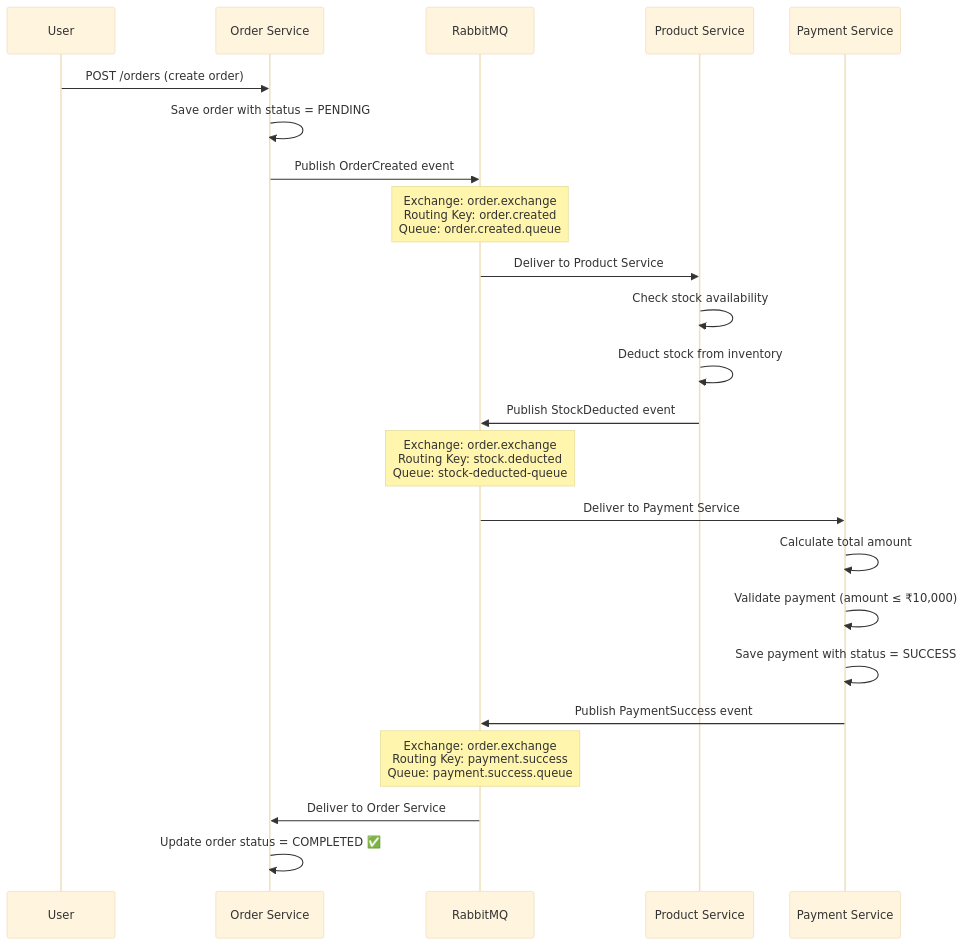
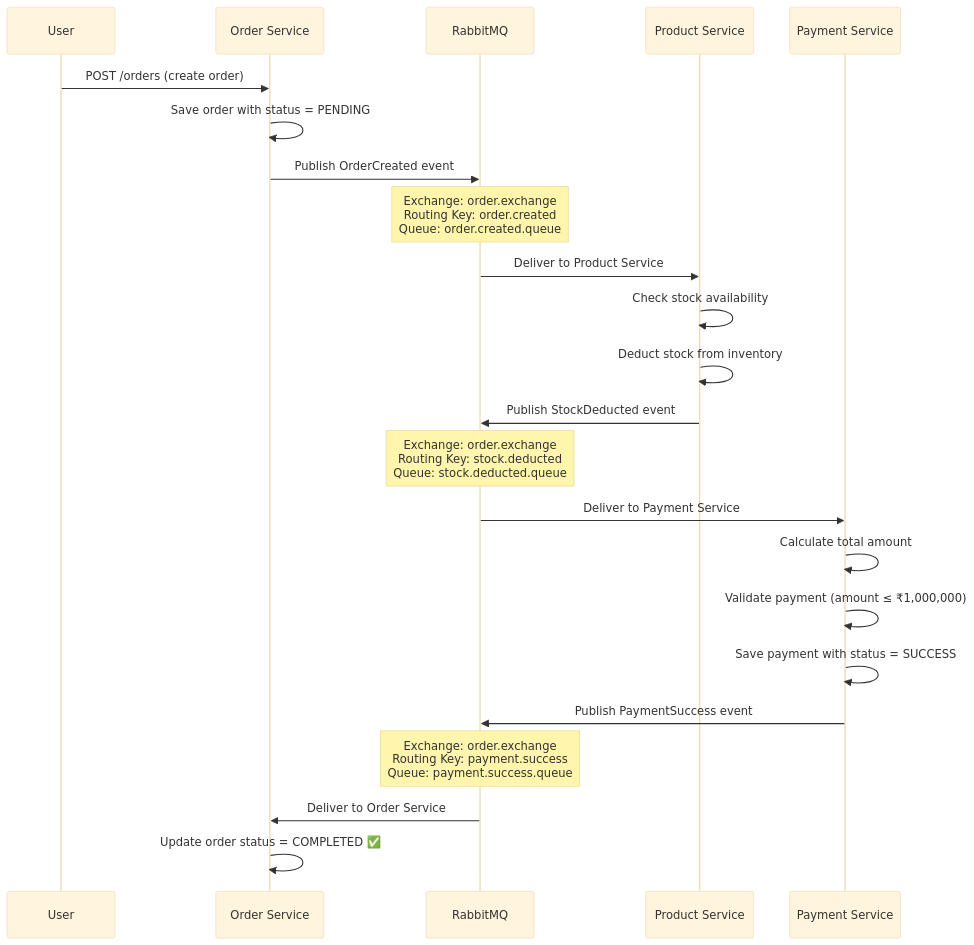
Before and after one commit to rohithdeveloper/Saga-Choreography-pattern: the first of 3 diagrams in README.md, drawn with Mermaid (base theme). The commit also changed other lines of this file and 13 other files, not shown here.

````diff
--- a/README.md
+++ b/README.md
@@ -20,29 +20,29 @@
 ```mermaid
 sequenceDiagram
     participant User
     participant OS as Order Service
     participant RMQ as RabbitMQ
     participant PS as Product Service
     participant PMS as Payment Service
 
     User->>OS: POST /orders (create order)
     OS->>OS: Save order with status = PENDING
     OS->>RMQ: Publish OrderCreated event
     Note over RMQ: Exchange: order.exchange<br/>Routing Key: order.created<br/>Queue: order.created.queue
 
     RMQ->>PS: Deliver to Product Service
     PS->>PS: Check stock availability
     PS->>PS: Deduct stock from inventory
     PS->>RMQ: Publish StockDeducted event
-    Note over RMQ: Exchange: order.exchange<br/>Routing Key: stock.deducted<br/>Queue: stock-deducted-queue
+    Note over RMQ: Exchange: order.exchange<br/>Routing Key: stock.deducted<br/>Queue: stock.deducted.queue
 
     RMQ->>PMS: Deliver to Payment Service
     PMS->>PMS: Calculate total amount
-    PMS->>PMS: Validate payment (amount ≤ ₹10,000)
+    PMS->>PMS: Validate payment (amount ≤ ₹1,000,000)
     PMS->>PMS: Save payment with status = SUCCESS
     PMS->>RMQ: Publish PaymentSuccess event
     Note over RMQ: Exchange: order.exchange<br/>Routing Key: payment.success<br/>Queue: payment.success.queue
 
     RMQ->>OS: Deliver to Order Service
     OS->>OS: Update order status = COMPLETED ✅
 ```
````
